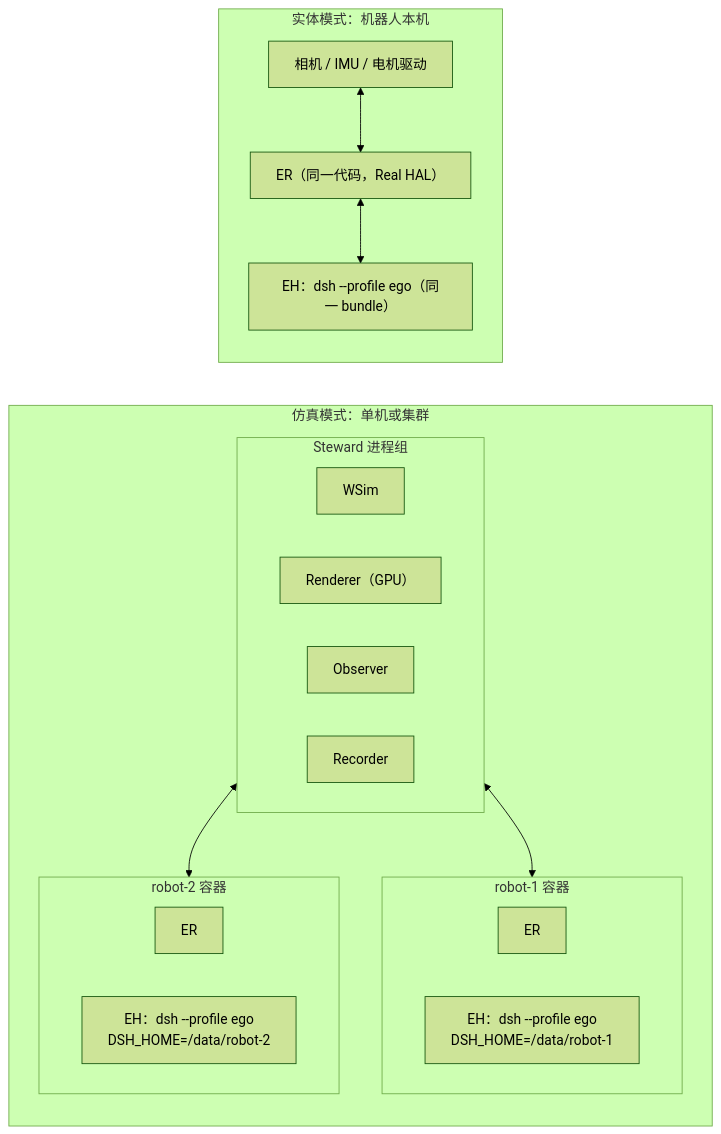
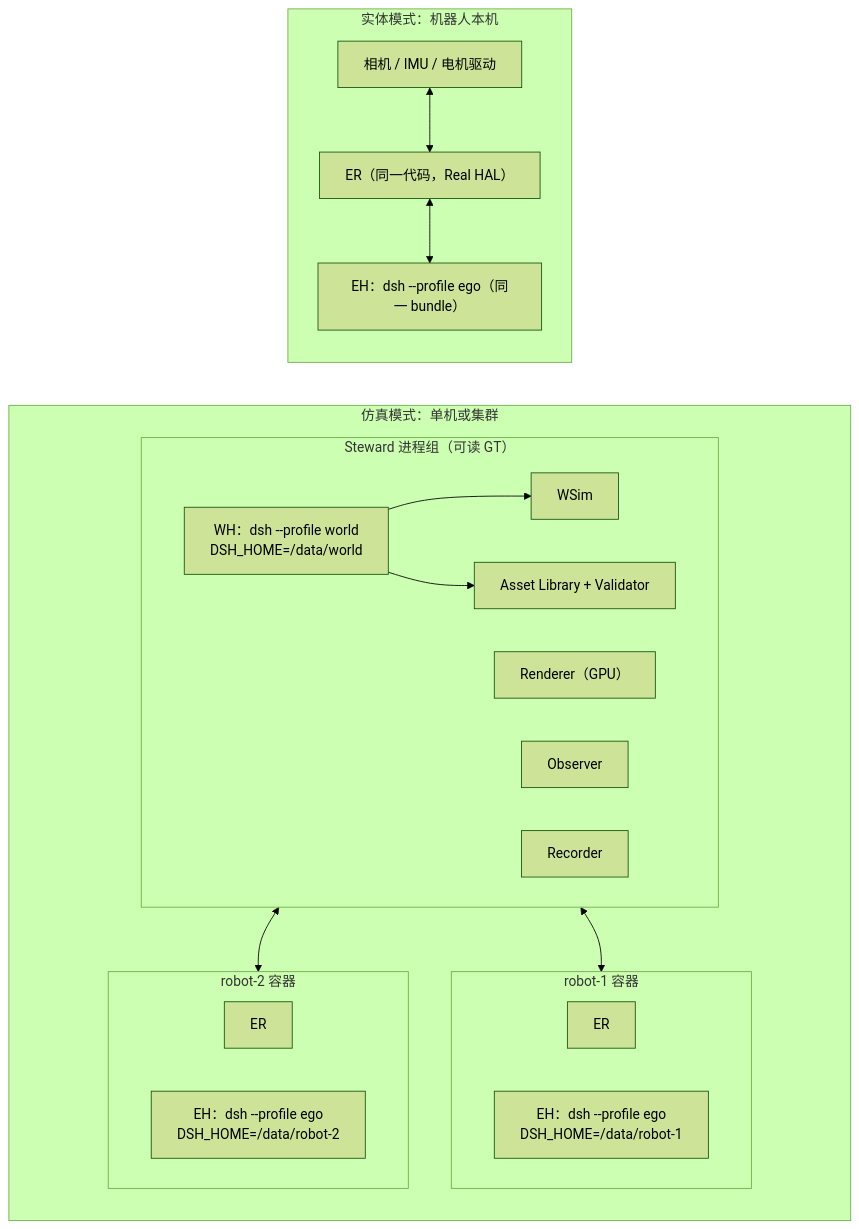
The third of 10 diagrams in steward.md (Siliconagent218/steward), drawn with Mermaid (forest theme) before and after one commit. The commit also changed other lines of this file, not shown here.

Commit message:
docs: add World Harness for asset authoring and live perturbation

````diff
--- a/steward.md
+++ b/steward.md
@@ -301,31 +335,35 @@
 ```mermaid
 flowchart LR
   subgraph SIMHOST["仿真模式：单机或集群"]
     direction TB
-    subgraph SP["Steward 进程组"]
+    subgraph SP["Steward 进程组（可读 GT）"]
       W["WSim"]
       RD["Renderer（GPU）"]
       O["Observer"]
       RC["Recorder"]
+      WHI["WH：dsh --profile world<br/>DSH_HOME=/data/world"]
+      AL["Asset Library + Validator"]
+      WHI --> W
+      WHI --> AL
     end
     subgraph RB1["robot-1 容器"]
       E1["ER"]
       H1["EH：dsh --profile ego<br/>DSH_HOME=/data/robot-1"]
     end
     subgraph RB2["robot-2 容器"]
       E2["ER"]
       H2["EH：dsh --profile ego<br/>DSH_HOME=/data/robot-2"]
     end
     SP <--> RB1
     SP <--> RB2
   end
 
   subgraph REAL["实体模式：机器人本机"]
     direction TB
     HW["相机 / IMU / 电机驱动"]
     E3["ER（同一代码，Real HAL）"]
     H3["EH：dsh --profile ego（同一 bundle）"]
     HW <--> E3
     E3 <--> H3
   end
 ```
````
